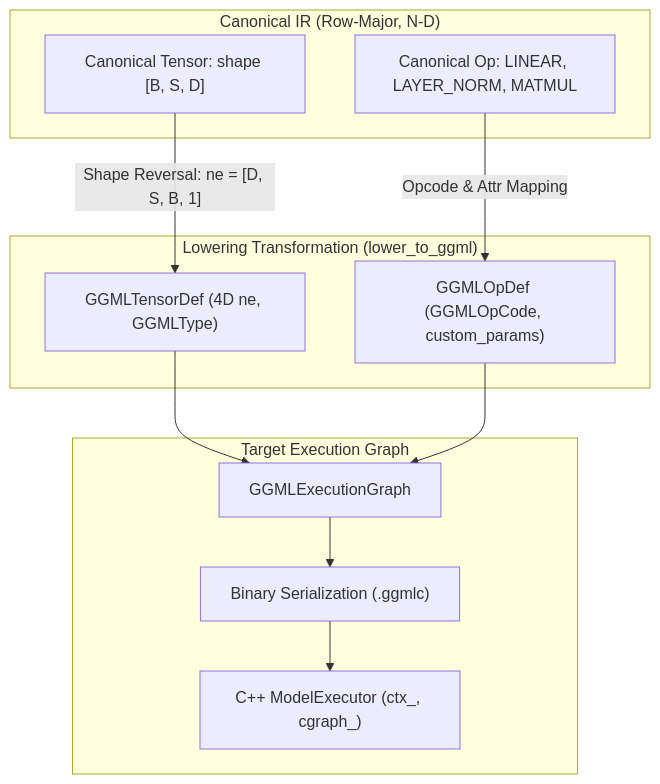
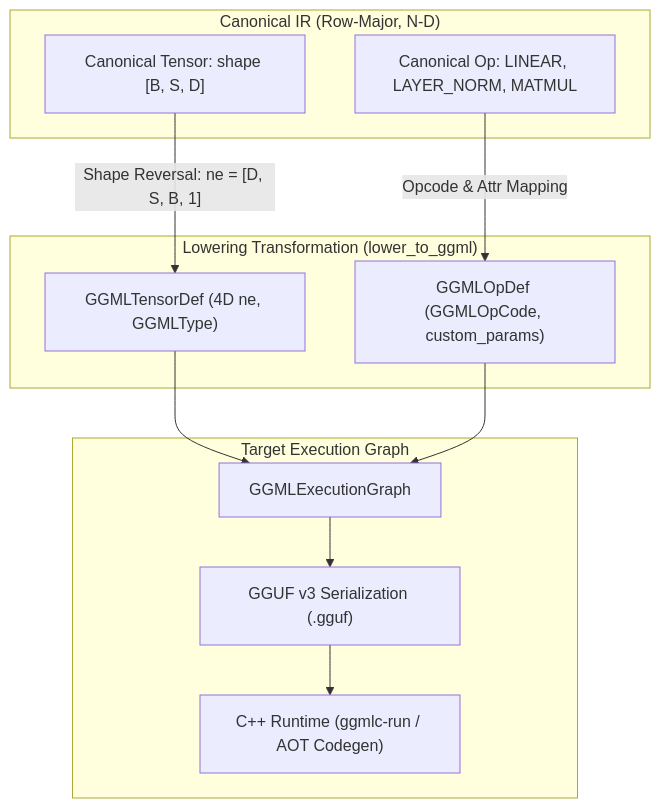
The diagram in docs/dialect/ggml_dialect.md (monatis/ggmlc), drawn with Mermaid before and after one commit. The commit also changed 24 other files, not shown here.

Commit message:
Adopt gguf and drop custom .ggmlc format + implement codegen to spit standalone cpp project

````diff
--- a/docs/dialect/ggml_dialect.md
+++ b/docs/dialect/ggml_dialect.md
@@ -5,19 +5,19 @@
 ```mermaid
 graph TD
     subgraph "Canonical IR (Row-Major, N-D)"
         CIR_T["Canonical Tensor: shape [B, S, D]"]
         CIR_OP["Canonical Op: LINEAR, LAYER_NORM, MATMUL"]
     end
 
     subgraph "Lowering Transformation (lower_to_ggml)"
         CIR_T -->|"Shape Reversal: ne = [D, S, B, 1]"| GGML_T["GGMLTensorDef (4D ne, GGMLType)"]
         CIR_OP -->|"Opcode & Attr Mapping"| GGML_OP["GGMLOpDef (GGMLOpCode, custom_params)"]
     end
 
     subgraph "Target Execution Graph"
         GGML_T --> EG["GGMLExecutionGraph"]
         GGML_OP --> EG
-        EG --> BIN["Binary Serialization (.ggmlc)"]
-        BIN --> RUN["C++ ModelExecutor (ctx_, cgraph_)"]
+        EG --> BIN["GGUF v3 Serialization (.gguf)"]
+        BIN --> RUN["C++ Runtime (ggmlc-run / AOT Codegen)"]
     end
 ```
````
